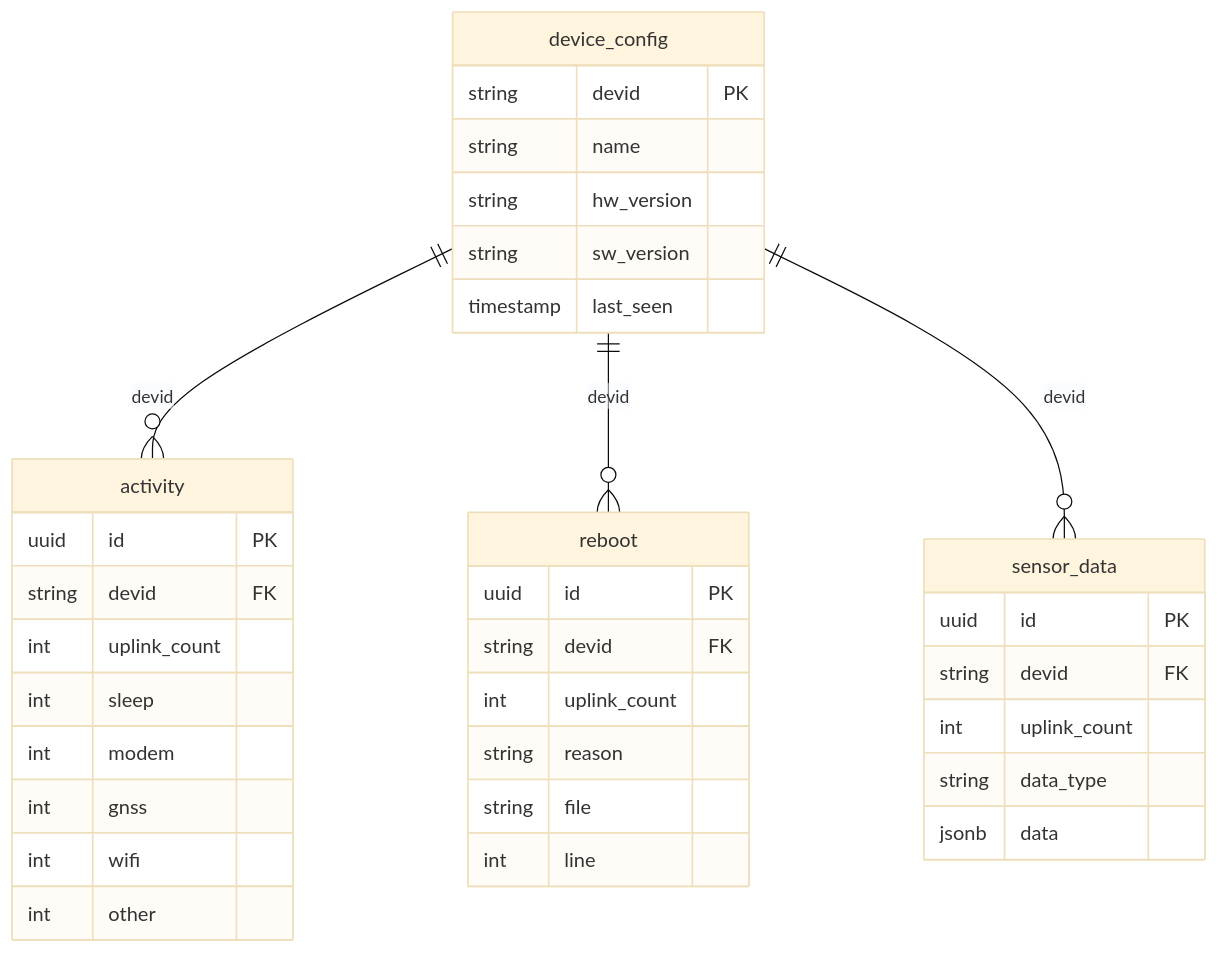
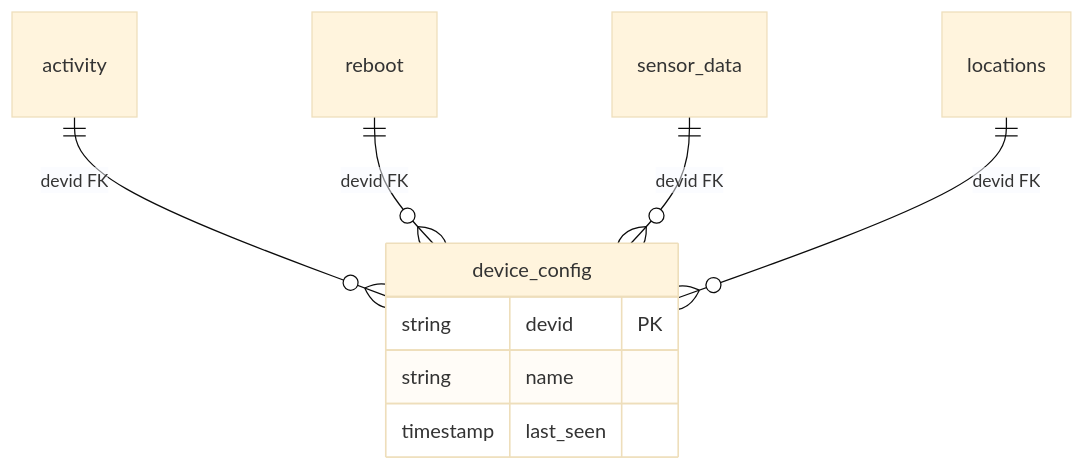
One commit to promillen/moc-docs changed the second of 2 diagrams in pages/development/database-troubleshooting.mdx. Above: the diagram before and after it, drawn with Mermaid (base theme). The commit also changed other lines of this file and 32 other files, not shown here.

Commit message:
Updated the whole documentation and made mermaid diagrams zoomable

````diff
--- a/pages/development/database-troubleshooting.mdx
+++ b/pages/development/database-troubleshooting.mdx
@@ -60,42 +44,13 @@
 ```mermaid
 erDiagram
     device_config {
         string devid PK
         string name
-        string hw_version
-        string sw_version
         timestamp last_seen
     }
-    
-    activity {
-        uuid id PK
-        string devid FK
-        int uplink_count
-        int sleep
-        int modem
-        int gnss
-        int wifi
-        int other
-    }
-    
-    reboot {
-        uuid id PK  
-        string devid FK
-        int uplink_count
-        string reason
-        string file
-        int line
-    }
-    
-    sensor_data {
-        uuid id PK
-        string devid FK
-        int uplink_count
-        string data_type
-        jsonb data
-    }
-    
-    device_config ||--o{ activity : "devid"
-    device_config ||--o{ reboot : "devid"
-    device_config ||--o{ sensor_data : "devid"
+
+    activity ||--o{ device_config : "devid FK"
+    reboot ||--o{ device_config : "devid FK"
+    sensor_data ||--o{ device_config : "devid FK"
+    locations ||--o{ device_config : "devid FK"
 ```
````
